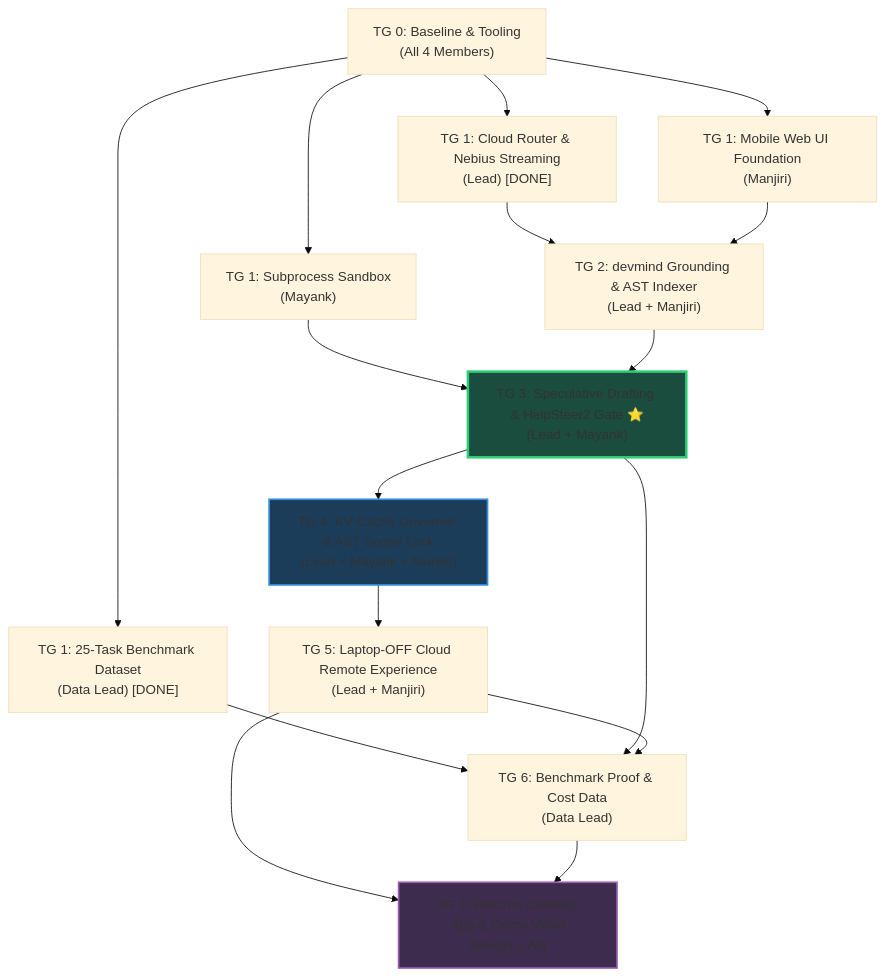
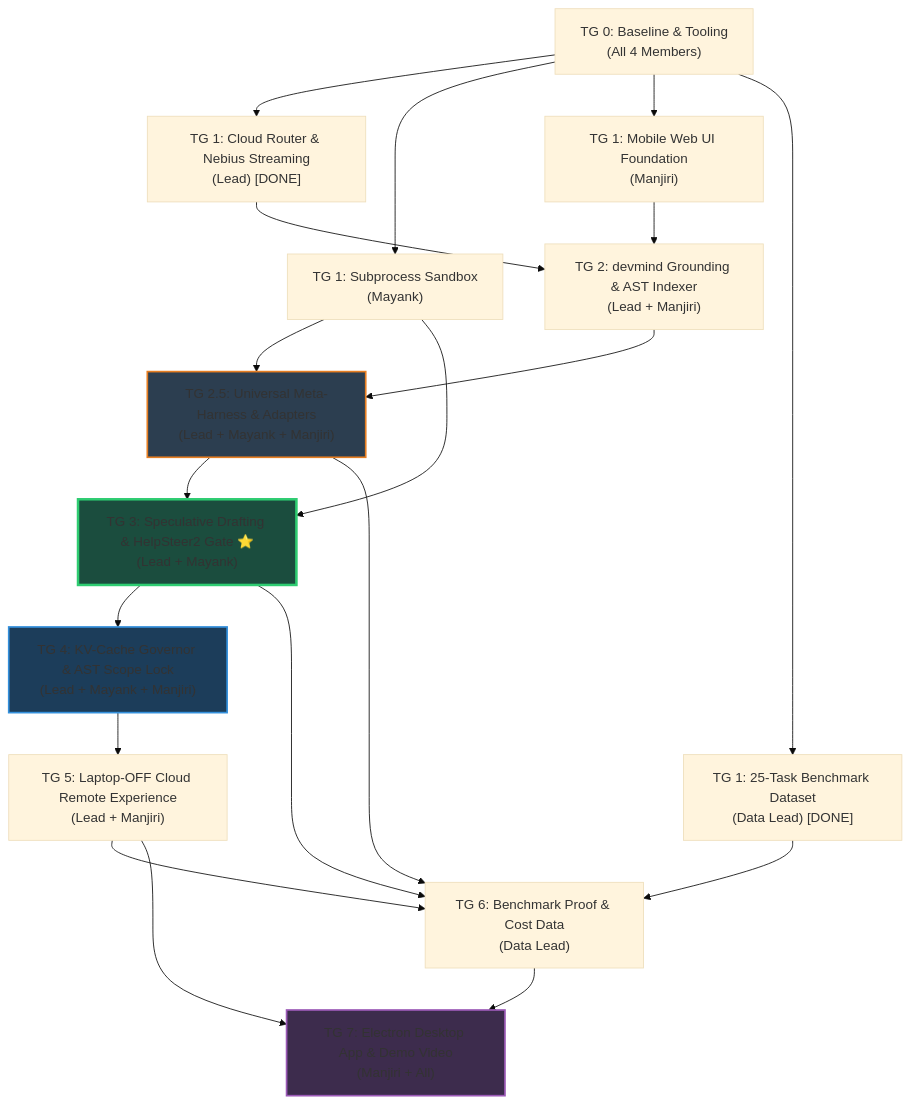
One commit to Anishp-cell/Just-Enough-AI changed the diagram in ROADMAP.md. Above: the diagram before and after it, drawn with Mermaid (base theme). The commit also changed other lines of this file and 2 other files, not shown here.

````diff
--- a/ROADMAP.md
+++ b/ROADMAP.md
@@ -204,44 +244,49 @@
 ```mermaid
 graph TD
     TG0["TG 0: Baseline & Tooling<br/>(All 4 Members)"]
     
     TG1_Lead["TG 1: Cloud Router & Nebius Streaming<br/>(Lead) [DONE]"]
     TG1_Mayank["TG 1: Subprocess Sandbox<br/>(Mayank)"]
     TG1_Manjiri["TG 1: Mobile Web UI Foundation<br/>(Manjiri)"]
     TG1_Data["TG 1: 25-Task Benchmark Dataset<br/>(Data Lead) [DONE]"]
     
     TG2["TG 2: devmind Grounding & AST Indexer<br/>(Lead + Manjiri)"]
+    TG2_5["TG 2.5: Universal Meta-Harness & Adapters<br/>(Lead + Mayank + Manjiri)"]
     
     TG3["TG 3: Speculative Drafting & HelpSteer2 Gate ⭐<br/>(Lead + Mayank)"]
     
     TG4["TG 4: KV-Cache Governor & AST Scope Lock<br/>(Lead + Mayank + Manjiri)"]
     
     TG5["TG 5: Laptop-OFF Cloud Remote Experience<br/>(Lead + Manjiri)"]
     
     TG6["TG 6: Benchmark Proof & Cost Data<br/>(Data Lead)"]
     
     TG7["TG 7: Electron Desktop App & Demo Video<br/>(Manjiri + All)"]
 
     TG0 --> TG1_Lead
     TG0 --> TG1_Mayank
     TG0 --> TG1_Manjiri
     TG0 --> TG1_Data
     
     TG1_Lead --> TG2
     TG1_Manjiri --> TG2
+    TG2 --> TG2_5
+    TG1_Mayank --> TG2_5
+    TG2_5 --> TG3
     TG1_Mayank --> TG3
-    TG2 --> TG3
     
     TG3 --> TG4
     TG4 --> TG5
     TG1_Data --> TG6
+    TG2_5 --> TG6
     TG3 --> TG6
     TG5 --> TG6
     
     TG5 --> TG7
     TG6 --> TG7
 
+    style TG2_5 fill:#2c3e50,stroke:#e67e22,stroke-width:2px
     style TG3 fill:#1b4d3e,stroke:#2ecc71,stroke-width:3px
     style TG4 fill:#1c3d5a,stroke:#3490dc,stroke-width:2px
     style TG7 fill:#3d2c4d,stroke:#9b59b6,stroke-width:2px
 ```
````
